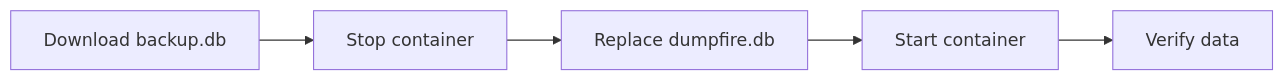
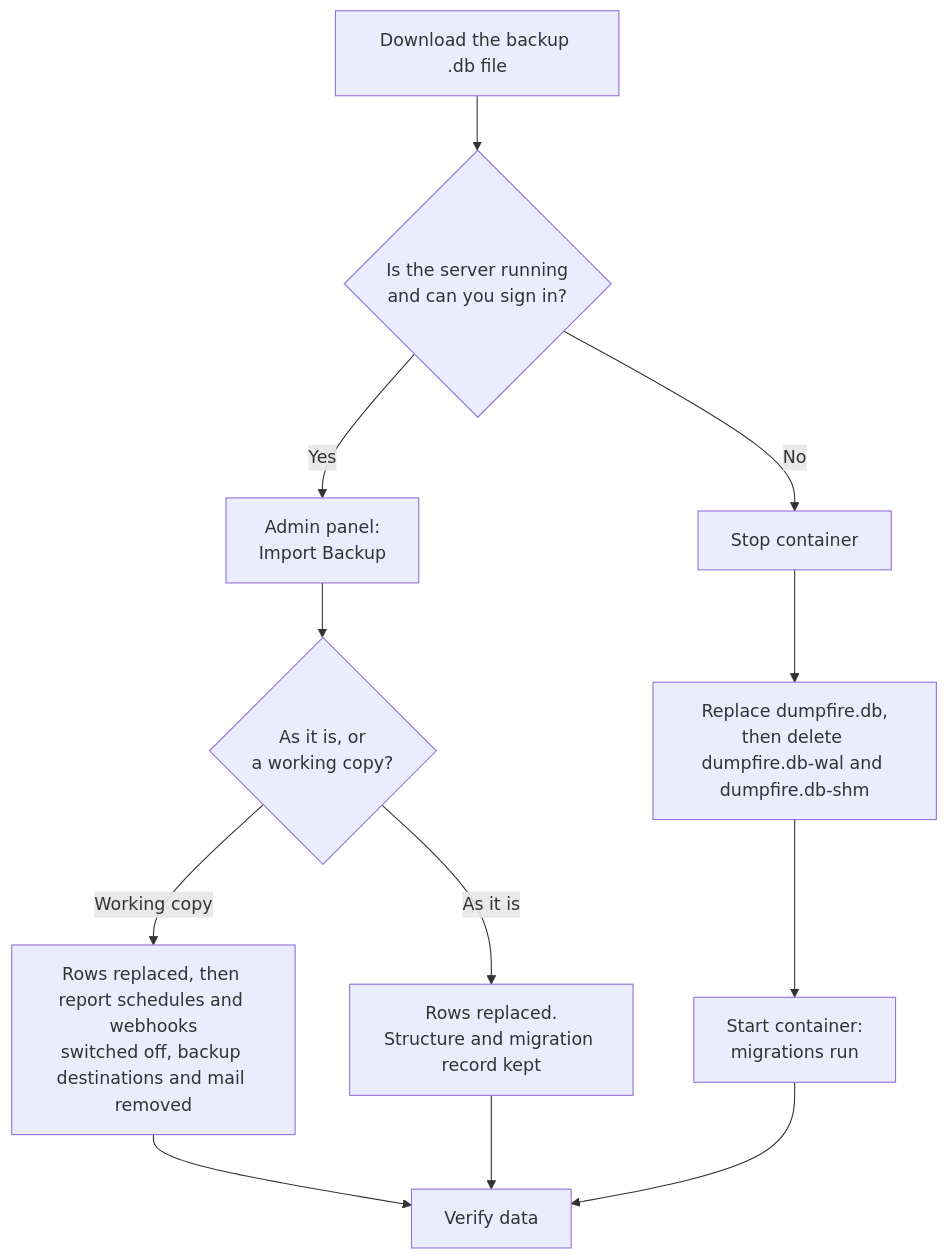
One commit to gitBoon/DumpFire changed the fifth of 7 diagrams in docs/admin-guide.md. Above: the diagram before and after it, drawn with Mermaid. The commit also changed other lines of this file and 317 other files, not shown here.

````diff
--- a/docs/admin-guide.md
+++ b/docs/admin-guide.md
@@ -150,7 +306,14 @@
 ```mermaid
-flowchart LR
-    Download["Download backup.db"] --> Stop["Stop container"]
-    Stop --> Replace["Replace dumpfire.db"]
-    Replace --> Start["Start container"]
-    Start --> Verify["Verify data"]
+flowchart TD
+    Download["Download the backup .db file"] --> How{"Is the server running\nand can you sign in?"}
+    How -->|"Yes"| Import["Admin panel:\nImport Backup"]
+    Import --> Choice{"As it is, or\na working copy?"}
+    Choice -->|"As it is"| Rows["Rows replaced.\nStructure and migration record kept"]
+    Choice -->|"Working copy"| Quiet["Rows replaced, then report schedules and webhooks\nswitched off, backup destinations and mail removed"]
+    Quiet --> Verify
+    How -->|"No"| Stop["Stop container"]
+    Stop --> Replace["Replace dumpfire.db,\nthen delete dumpfire.db-wal and dumpfire.db-shm"]
+    Replace --> Start["Start container:\nmigrations run"]
+    Rows --> Verify["Verify data"]
+    Start --> Verify
 ```
````
